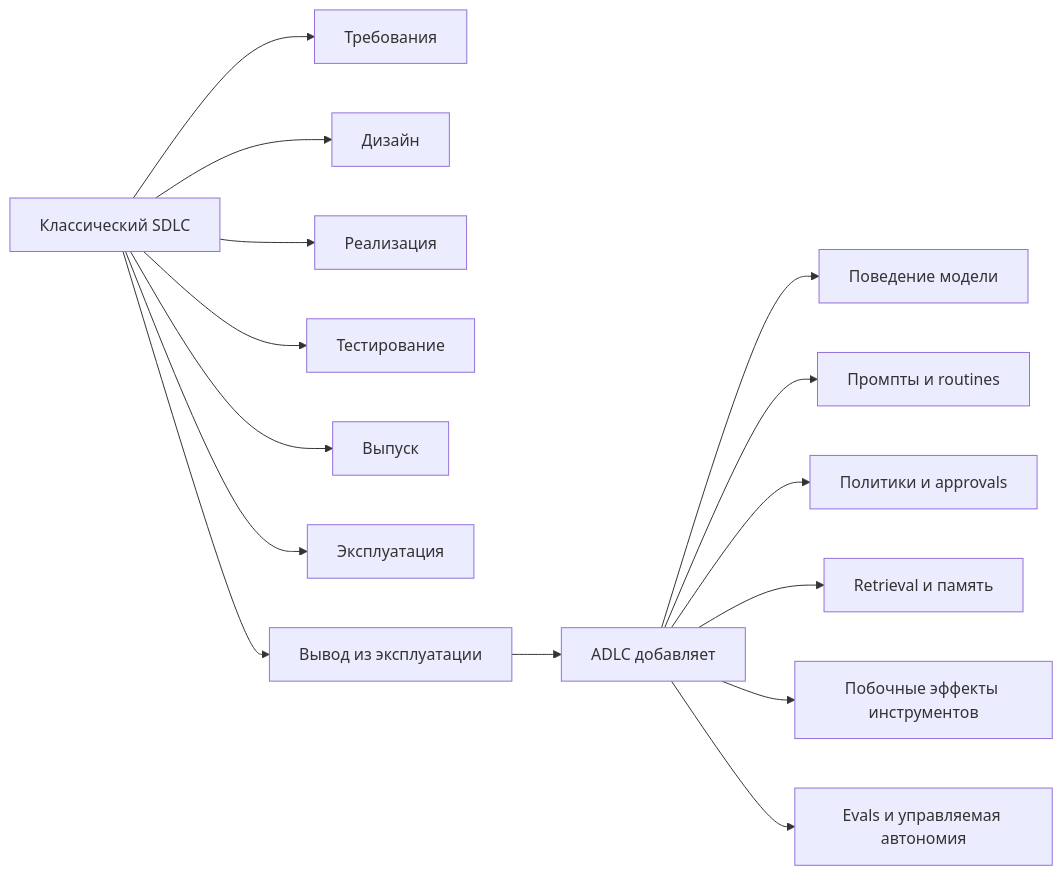
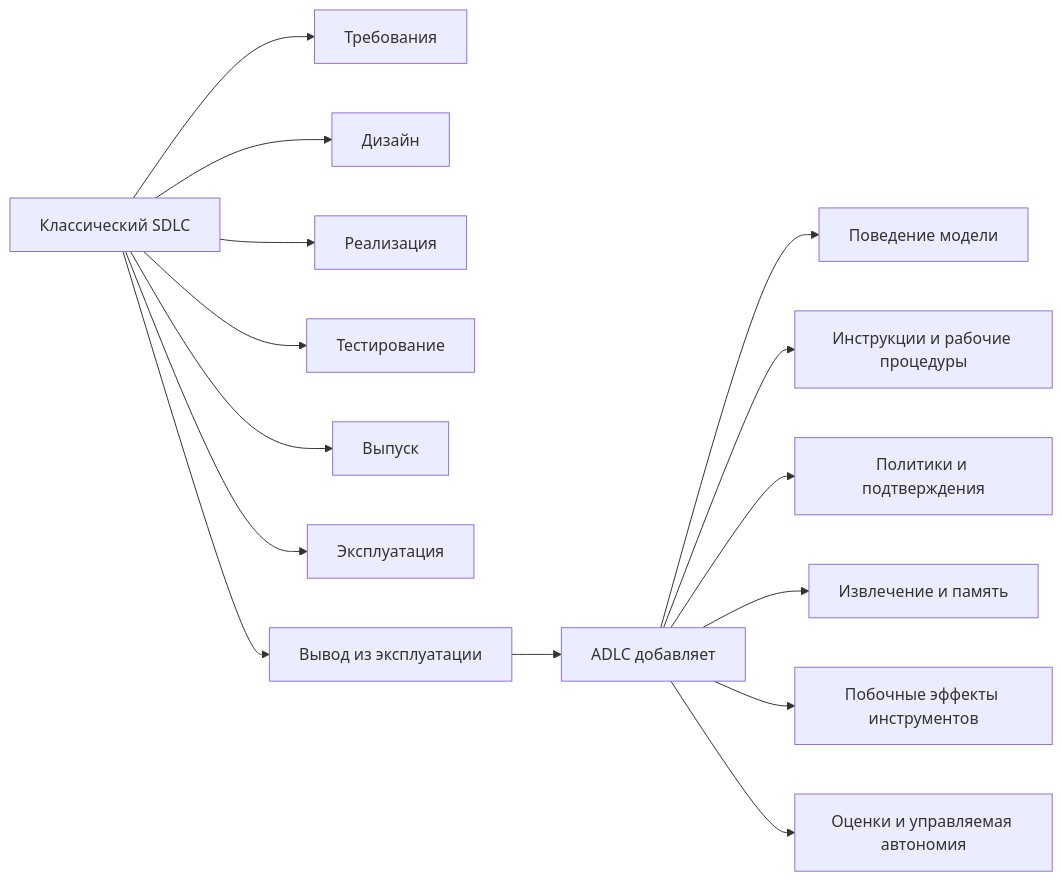
One commit to agent-axiom/agent-arch changed the first of 2 diagrams in docs/book/part-viii/chapter-19.md. Above: the diagram before and after it, drawn with Mermaid. The commit also changed other lines of this file and 26 other files, not shown here.

````diff
--- a/docs/book/part-viii/chapter-19.md
+++ b/docs/book/part-viii/chapter-19.md
@@ -63,18 +63,18 @@
 ``` mermaid
 flowchart LR
     A["Классический SDLC"] --> B["Требования"]
     A --> C["Дизайн"]
     A --> D["Реализация"]
     A --> E["Тестирование"]
     A --> F["Выпуск"]
     A --> G["Эксплуатация"]
     A --> H["Вывод из эксплуатации"]
 
     H --> I["ADLC добавляет"]
     I --> J["Поведение модели"]
-    I --> K["Промпты и routines"]
-    I --> L["Политики и approvals"]
-    I --> M["Retrieval и память"]
+    I --> K["Инструкции и рабочие процедуры"]
+    I --> L["Политики и подтверждения"]
+    I --> M["Извлечение и память"]
     I --> N["Побочные эффекты инструментов"]
-    I --> O["Evals и управляемая автономия"]
+    I --> O["Оценки и управляемая автономия"]
 ```
````
